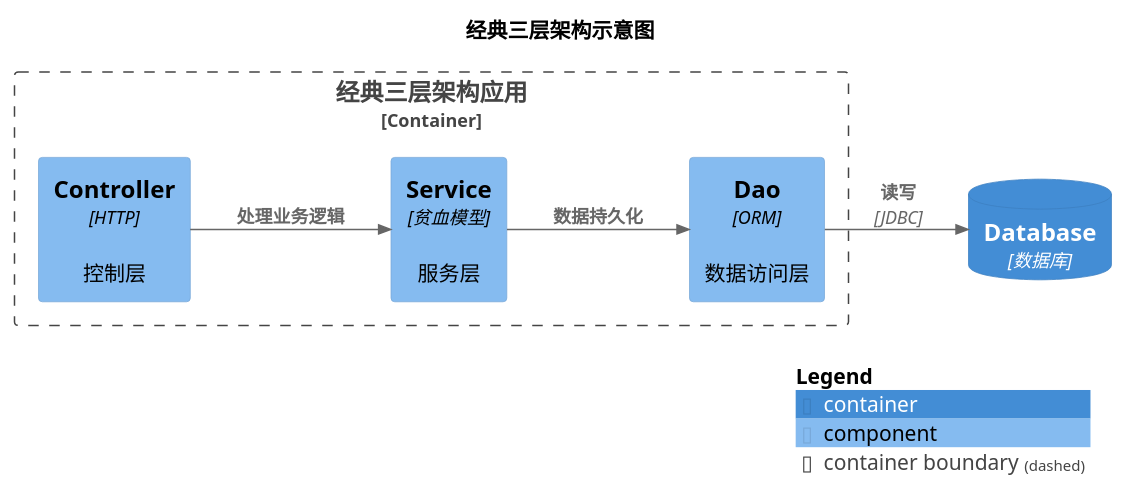
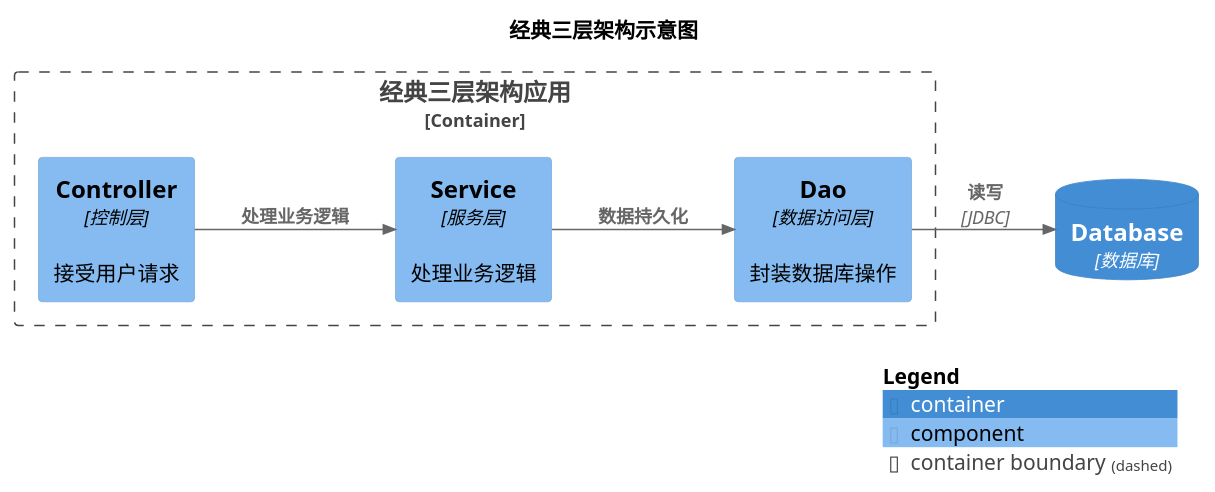
One commit to feiniaojin/Thinking-in-DDD changed the diagram in plantuml/ct.001.puml. Above: the diagram before and after it, drawn with PlantUML. The commit also changed 1 other file, not shown here.

```diff
--- a/plantuml/ct.001.puml
+++ b/plantuml/ct.001.puml
@@ -1,24 +1,24 @@
 @startuml
 
 !include https://gitee.com/igingo/C4-PlantUML/raw/master/C4_Context.puml
 !include https://gitee.com/igingo/C4-PlantUML/raw/master/C4_Container.puml
 !include https://gitee.com/igingo/C4-PlantUML/raw/master/C4_Component.puml
 
 title 经典三层架构示意图
 
 Container_Boundary(CB_APP, "经典三层架构应用"){
-    Component(C_Controller, "Controller","HTTP", "控制层")
-    Component(C_Service, "Service", "贫血模型","服务层")
-    Component(C_Dao, "Dao", "ORM","数据访问层")
+    Component(C_Controller, "Controller","控制层", "接受用户请求")
+    Component(C_Service, "Service", "服务层","处理业务逻辑")
+    Component(C_Dao, "Dao", "数据访问层","封装数据库操作")
 }
 
 ContainerDb(CDB, "Database", "数据库")
 
 Rel(C_Controller, C_Service, "处理业务逻辑")
 Rel(C_Service, C_Dao, "数据持久化")
 Rel(C_Dao, CDB, "读写","JDBC")
 left to right direction
 
 SHOW_LEGEND()
 
 @enduml
```
